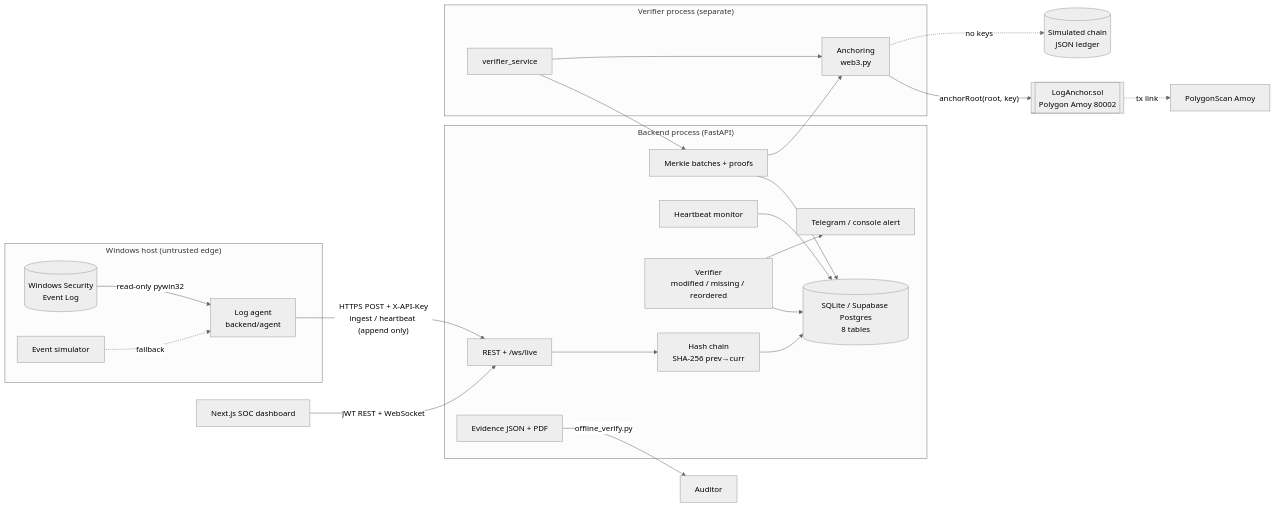
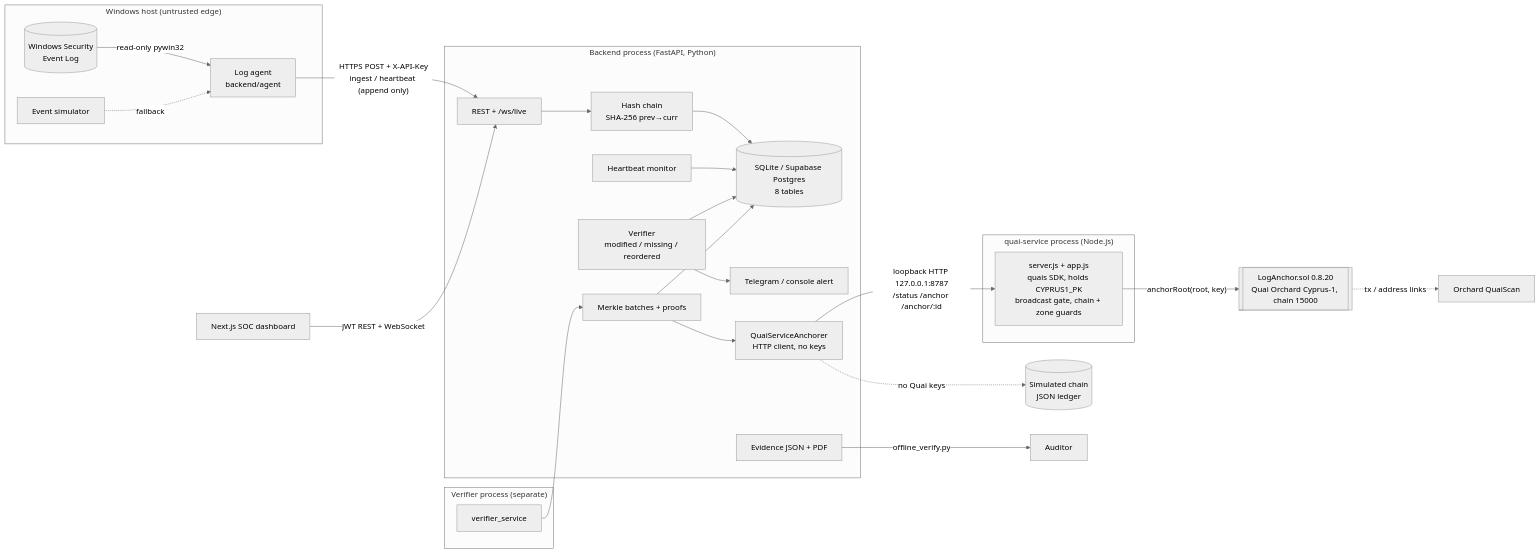
Before and after one commit to Anjumshariff89/silent: the diagram in documentation/ARCHITECTURE.md, drawn with Mermaid (neutral theme). The commit also changed other lines of this file and 7 other files, not shown here.

First line of the commit message:
docs(quai step12): launchers start quai-service (read-only unless -AllowBroadcast); Quai README, architecture, API, demo, deployment evidence

````diff
--- a/documentation/ARCHITECTURE.md
+++ b/documentation/ARCHITECTURE.md
@@ -3,27 +3,31 @@
 ```mermaid
 flowchart LR
   subgraph Host["Windows host (untrusted edge)"]
     WEL[(Windows Security<br/>Event Log)] -- read-only pywin32 --> AG[Log agent<br/>backend/agent]
     SIM[Event simulator] -. fallback .-> AG
   end
   AG -- "HTTPS POST + X-API-Key<br/>ingest / heartbeat (append only)" --> API
-  subgraph Server["Backend process (FastAPI)"]
+  subgraph Server["Backend process (FastAPI, Python)"]
     API[REST + /ws/live] --> CH[Hash chain<br/>SHA-256 prev→curr]
     CH --> DB[(SQLite / Supabase Postgres<br/>8 tables)]
     MON[Heartbeat monitor] --> DB
     VER[Verifier<br/>modified / missing / reordered] --> DB
     VER --> ALERT[Telegram / console alert]
     MK[Merkle batches + proofs] --> DB
     EV[Evidence JSON + PDF]
+    QC[QuaiServiceAnchorer<br/>HTTP client, no keys]
   end
   subgraph Ver["Verifier process (separate)"]
     VS[verifier_service] --> MK
-    VS --> ANC
   end
-  MK --> ANC[Anchoring<br/>web3.py]
-  ANC -- "anchorRoot(root, key)" --> SC[[LogAnchor.sol<br/>Polygon Amoy 80002]]
-  ANC -. no keys .-> SIMC[(Simulated chain<br/>JSON ledger)]
+  MK --> QC
+  QC -. no Quai keys .-> SIMC[(Simulated chain<br/>JSON ledger)]
+  QC -- "loopback HTTP 127.0.0.1:8787<br/>/status /anchor /anchor/:id" --> QS
+  subgraph Quai["quai-service process (Node.js)"]
+    QS[server.js + app.js<br/>quais SDK, holds CYPRUS1_PK<br/>broadcast gate, chain + zone guards]
+  end
+  QS -- "anchorRoot(root, key)" --> SC[[LogAnchor.sol 0.8.20<br/>Quai Orchard Cyprus-1, chain 15000]]
   UI[Next.js SOC dashboard] -- JWT REST + WebSocket --> API
-  SC -. tx link .-> PS[PolygonScan Amoy]
+  SC -. tx / address links .-> PS[Orchard QuaiScan]
   EV -- offline_verify.py --> AUD[Auditor]
 ```
````
